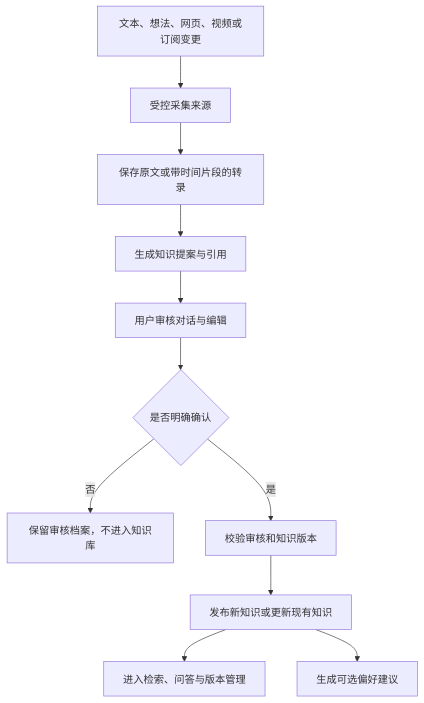
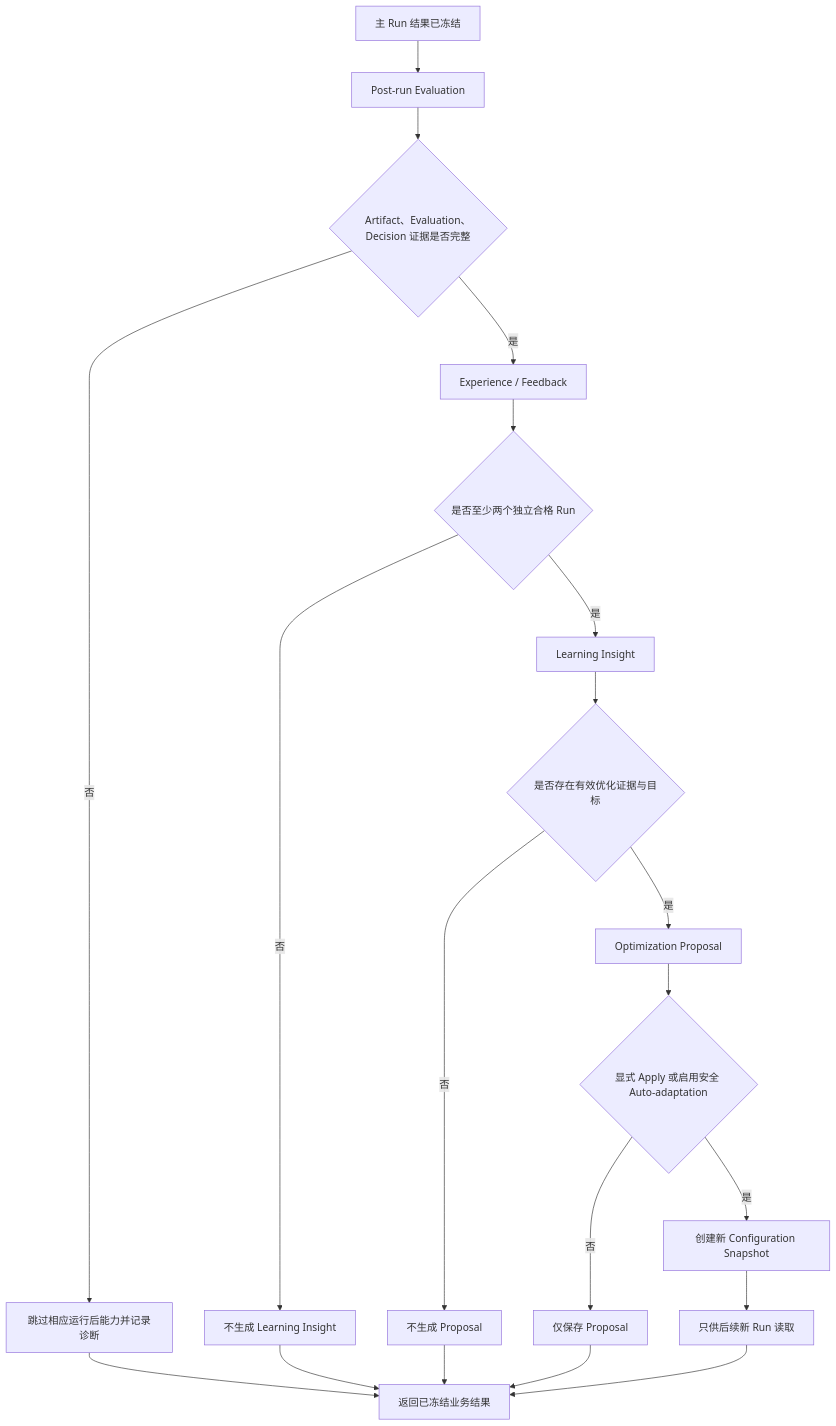
One commit to hych0317/Adaptive-Agent-Runtime changed the sixth of 8 diagrams in docs/系统功能设计说明.md. Above: the diagram before and after it, drawn with Mermaid. The commit also changed other lines of this file and 38 other files, not shown here.

````diff
--- a/docs/系统功能设计说明.md
+++ b/docs/系统功能设计说明.md
@@ -544,13 +706,22 @@
 ```mermaid
 flowchart TD
-    A["文本、想法、网页、视频或订阅变更"] --> B["受控采集来源"]
-    B --> C["保存原文或带时间片段的转录"]
-    C --> D["生成知识提案与引用"]
-    D --> E["用户审核对话与编辑"]
-    E --> F{"是否明确确认"}
-    F -- "否" --> G["保留审核档案，不进入知识库"]
-    F -- "是" --> H["校验审核和知识版本"]
-    H --> I["发布新知识或更新现有知识"]
-    I --> J["进入检索、问答与版本管理"]
-    I --> K["生成可选偏好建议"]
+    A["主 Run 结果已冻结"] --> B["Post-run Evaluation"]
+    B --> C{"Artifact、Evaluation、Decision 证据是否完整"}
+    C -- "否" --> X["跳过相应运行后能力并记录诊断"]
+    C -- "是" --> D["Experience / Feedback"]
+    D --> E{"是否至少两个独立合格 Run"}
+    E -- "否" --> Y["不生成 Learning Insight"]
+    E -- "是" --> F["Learning Insight"]
+    F --> G{"是否存在有效优化证据与目标"}
+    G -- "否" --> Z["不生成 Proposal"]
+    G -- "是" --> H["Optimization Proposal"]
+    H --> I{"显式 Apply 或启用安全 Auto-adaptation"}
+    I -- "否" --> J["仅保存 Proposal"]
+    I -- "是" --> K["创建新 Configuration Snapshot"]
+    K --> L["只供后续新 Run 读取"]
+    X --> R["返回已冻结业务结果"]
+    Y --> R
+    Z --> R
+    J --> R
+    L --> R
 ```
````
